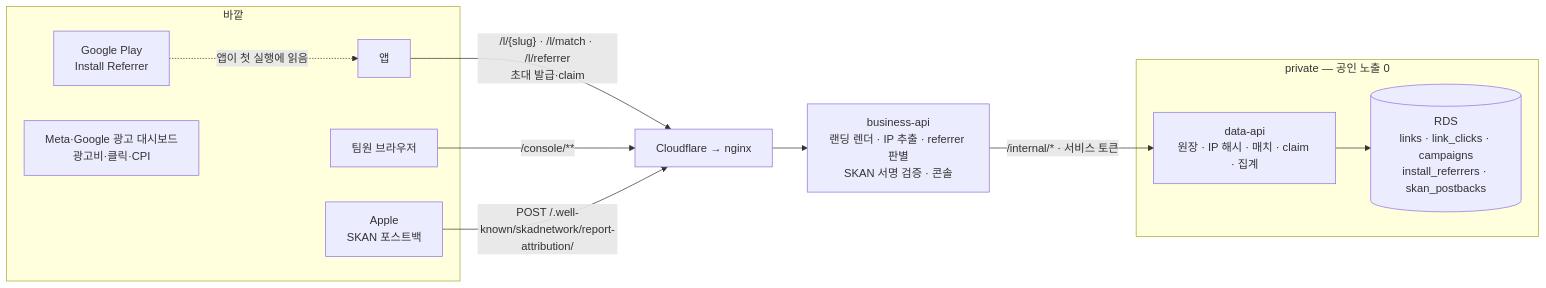
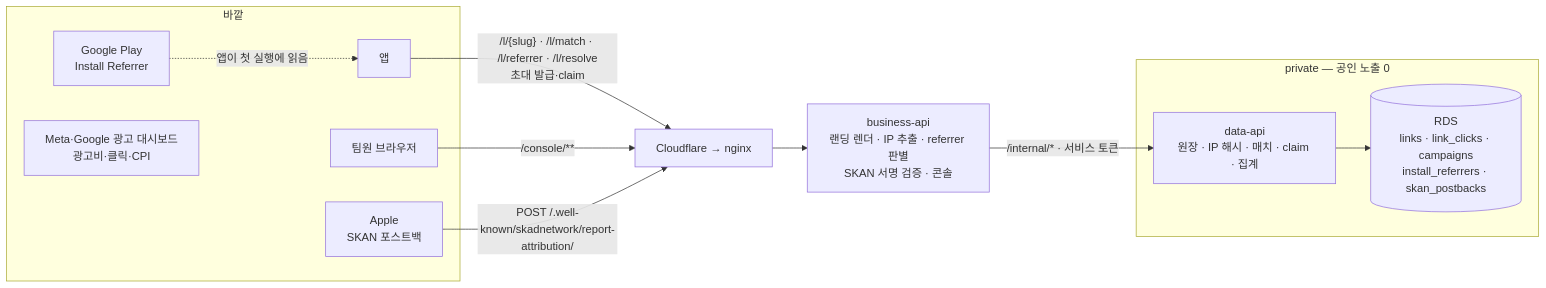
The first of 4 diagrams in docs/prd/link-attribution/high-level-design.md (OneOrThree/phone), drawn with Mermaid before and after one commit. The commit also changed other lines of this file and 4 other files, not shown here.

````diff
--- a/docs/prd/link-attribution/high-level-design.md
+++ b/docs/prd/link-attribution/high-level-design.md
@@ -7,22 +7,22 @@
 ```mermaid
 flowchart LR
   subgraph outside["바깥"]
     App["앱"]
     Console["팀원 브라우저"]
     Apple["Apple<br/>SKAN 포스트백"]
     Play["Google Play<br/>Install Referrer"]
     AdsUI["Meta·Google 광고 대시보드<br/>광고비·클릭·CPI"]
   end
   Play -. "앱이 첫 실행에 읽음" .-> App
-  App -->|"/l/{slug} · /l/match · /l/referrer<br/>초대 발급·claim"| Edge["Cloudflare → nginx"]
+  App -->|"/l/{slug} · /l/match · /l/referrer · /l/resolve<br/>초대 발급·claim"| Edge["Cloudflare → nginx"]
   Console -->|"/console/**"| Edge
   Apple -->|"POST /.well-known/skadnetwork/report-attribution/"| Edge
   Edge --> Biz["business-api<br/>랜딩 렌더 · IP 추출 · referrer 판별<br/>SKAN 서명 검증 · 콘솔"]
   subgraph private["private — 공인 노출 0"]
     Data["data-api<br/>원장 · IP 해시 · 매치 · claim · 집계"]
     DB[("RDS<br/>links · link_clicks · campaigns<br/>install_referrers · skan_postbacks")]
   end
   Biz -->|"/internal/* · 서비스 토큰"| Data
   Data --> DB
   AdsUI ~~~ Console
 ```
````
